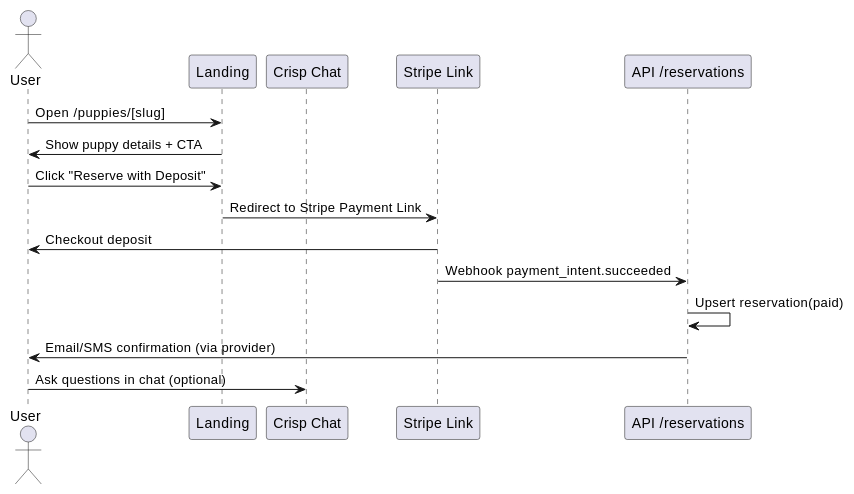
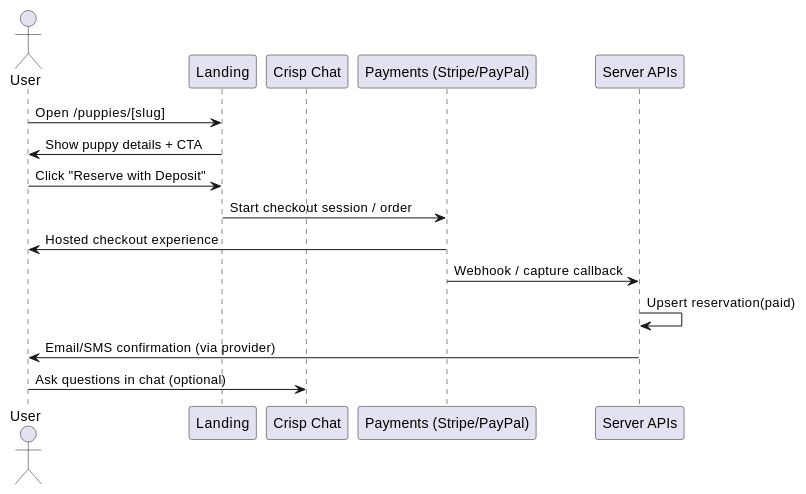
Before and after one commit to Andrey1224/DogsWebsite: the second of 2 diagrams in Spec1.md, drawn with PlantUML. The commit also changed other lines of this file and 22 other files, not shown here.

Commit message:
feat(payments): add stripe and paypal deposit flow

````diff
--- a/Spec1.md
+++ b/Spec1.md
@@ -209,19 +209,19 @@
 ```plantuml
 @startuml
 actor User
 participant "Landing" as L
 participant "Crisp Chat" as C
-participant "Stripe Link" as S
-participant "API /reservations" as R
+participant "Payments (Stripe/PayPal)" as P
+participant "Server APIs" as R
 
 User -> L : Open /puppies/[slug]
 L -> User : Show puppy details + CTA
 User -> L : Click "Reserve with Deposit"
-L -> S : Redirect to Stripe Payment Link
-S -> User : Checkout deposit
-S -> R : Webhook payment_intent.succeeded
+L -> P : Start checkout session / order
+P -> User : Hosted checkout experience
+P -> R : Webhook / capture callback
 R -> R : Upsert reservation(paid)
 R -> User : Email/SMS confirmation (via provider)
 User -> C : Ask questions in chat (optional)
 @enduml
 ```
````
